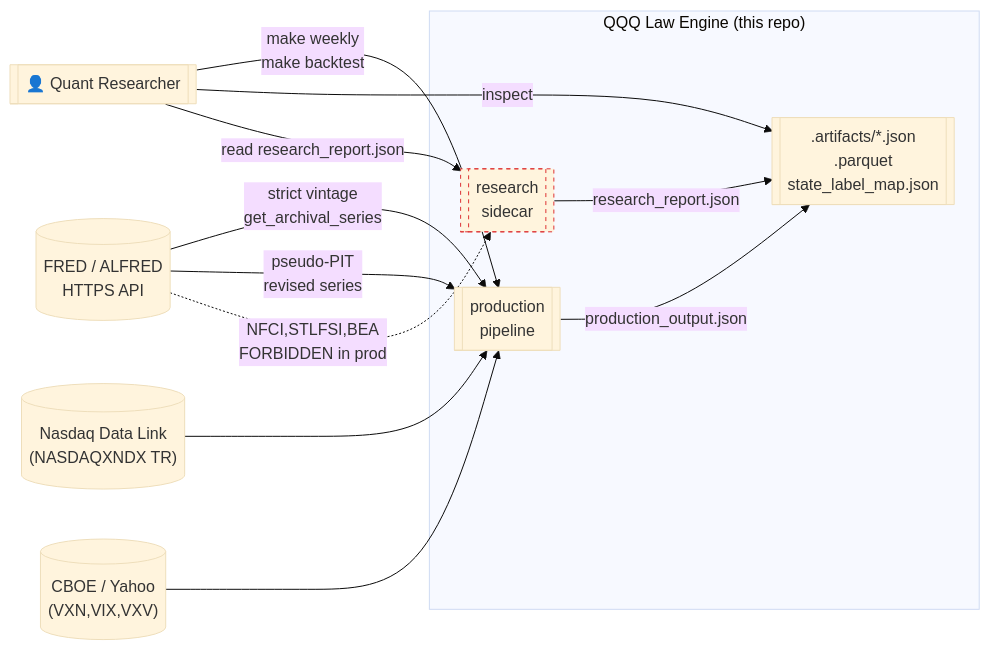
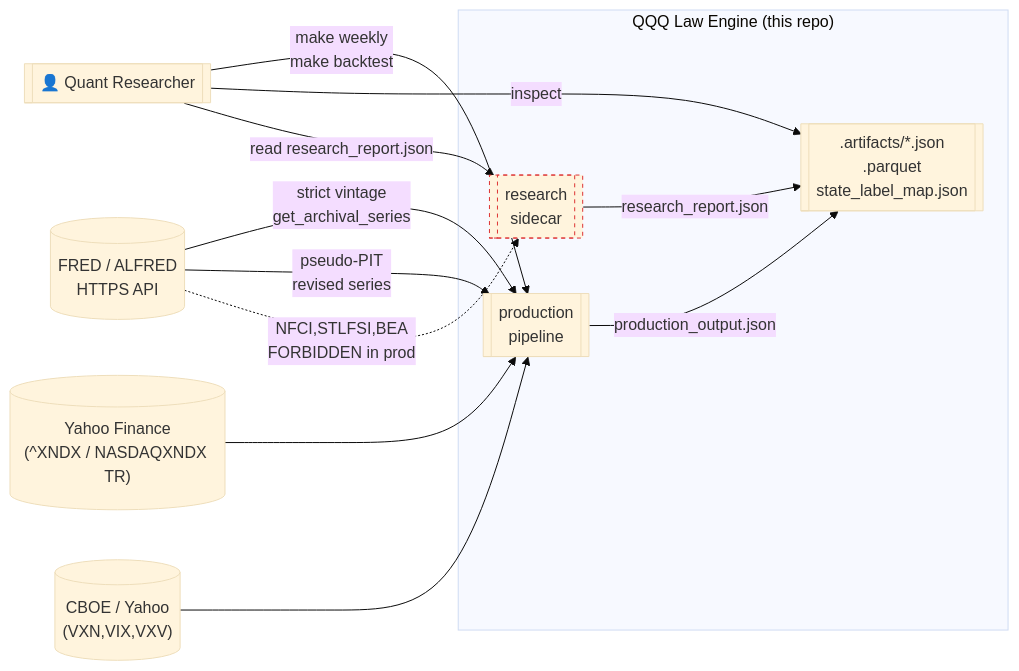
The first of 27 diagrams in docs/ADD.md (yutaofr/quantitative-finance-system), drawn with Mermaid (base theme) before and after one commit. The commit also changed other lines of this file and 12 other files, not shown here.

Commit message:
feat: implement NasdaqClient for Yahoo Finance data and update CI dependencies

````diff
--- a/docs/ADD.md
+++ b/docs/ADD.md
@@ -95,29 +95,29 @@
 ```mermaid
 flowchart LR
     user[["👤 Quant Researcher"]]
     fred[("FRED / ALFRED<br/>HTTPS API")]
     cboe[("CBOE / Yahoo<br/>(VXN,VIX,VXV)")]
-    nas[("Nasdaq Data Link<br/>(NASDAQXNDX TR)")]
+    nas[("Yahoo Finance<br/>(^XNDX / NASDAQXNDX TR)")]
 
     subgraph system["QQQ Law Engine (this repo)"]
         prod[["production<br/>pipeline"]]
         sidecar[["research<br/>sidecar"]]
         artifacts[[".artifacts/*.json<br/>.parquet<br/>state_label_map.json"]]
     end
 
     user -- "make weekly<br/>make backtest" --> prod
     user -- "inspect" --> artifacts
     user -- "read research_report.json" --> sidecar
 
     fred -- "strict vintage<br/>get_archival_series" --> prod
     fred -- "pseudo-PIT<br/>revised series" --> prod
     nas --> prod
     cboe --> prod
 
     fred -.->|NFCI,STLFSI,BEA<br/>FORBIDDEN in prod| sidecar
     prod --"production_output.json"--> artifacts
     sidecar --"research_report.json"--> artifacts
 
     classDef forbidden stroke:#d33,stroke-dasharray:4 4
     class sidecar forbidden
 ```
````
